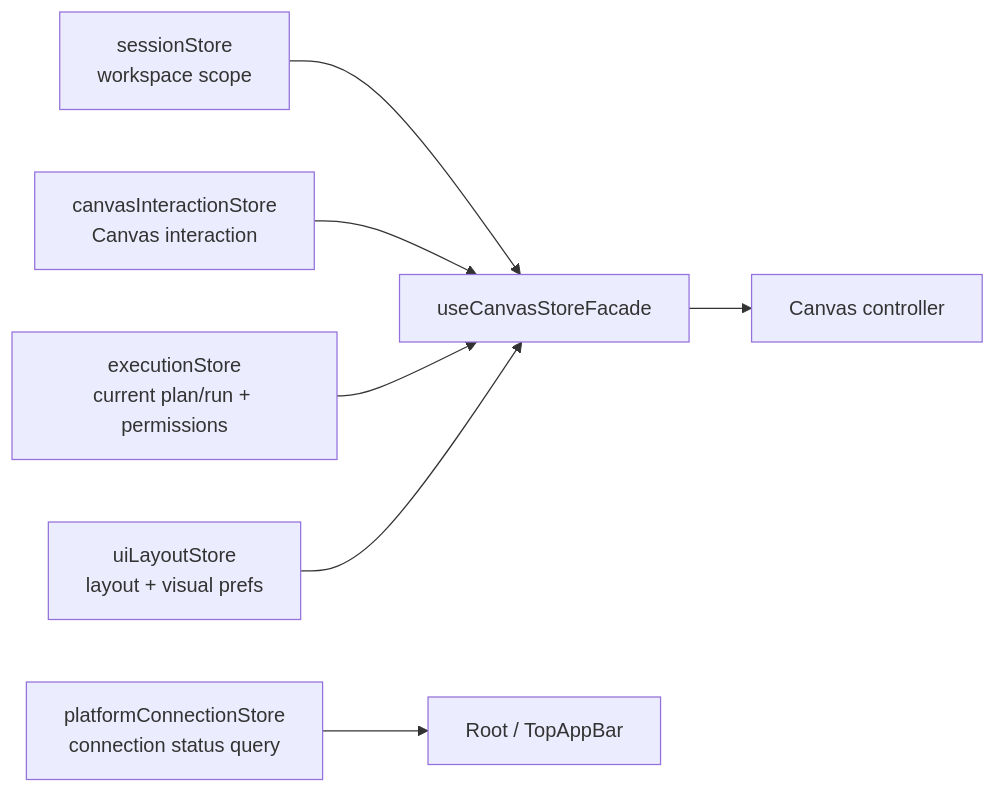
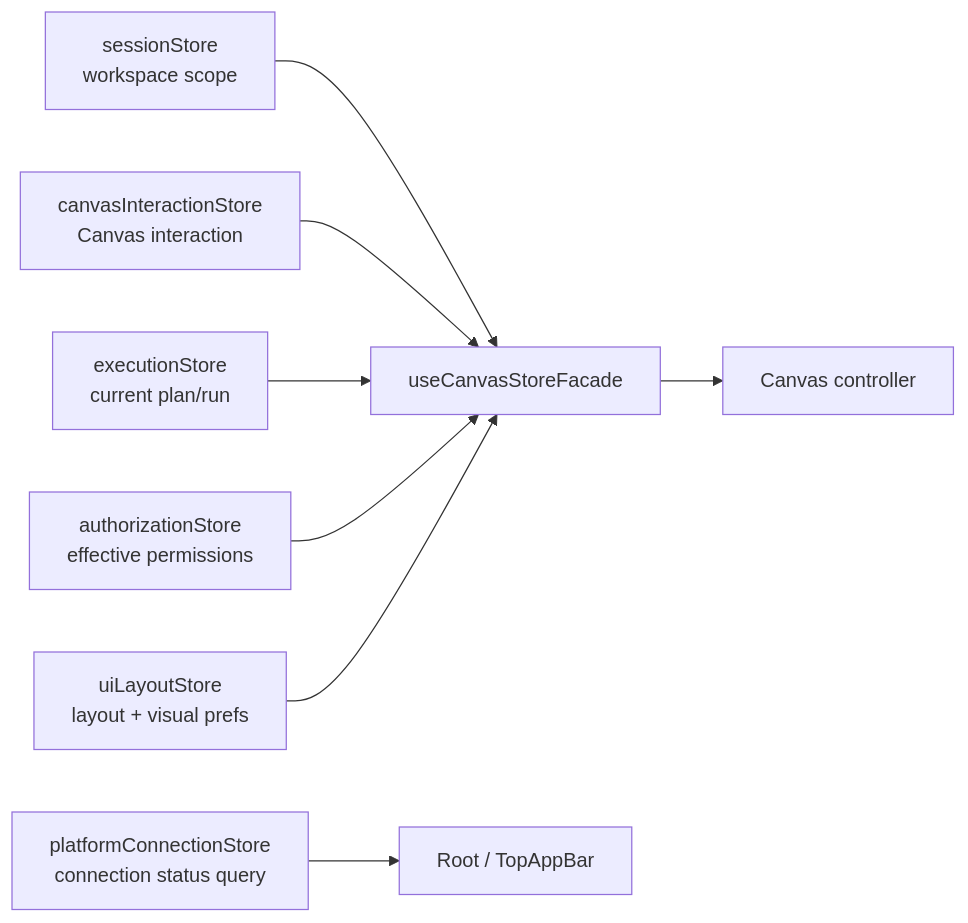
Before and after one commit to dunay2/dvt: the second of 3 diagrams in docs/architecture/components/web/web-store-domain-ownership-component.md, drawn with Mermaid. The commit also changed other lines of this file and 26 other files, not shown here.

Commit message:
refactor(web): Hard cut authorization store ownership

````diff
--- a/docs/architecture/components/web/web-store-domain-ownership-component.md
+++ b/docs/architecture/components/web/web-store-domain-ownership-component.md
@@ -161,18 +165,20 @@
 ```mermaid
 flowchart LR
   Session["sessionStore<br/>workspace scope"]
   Canvas["canvasInteractionStore<br/>Canvas interaction"]
-  Execution["executionStore<br/>current plan/run + permissions"]
+  Execution["executionStore<br/>current plan/run"]
+  Auth["authorizationStore<br/>effective permissions"]
   Layout["uiLayoutStore<br/>layout + visual prefs"]
   Status["platformConnectionStore<br/>connection status query"]
   Facade["useCanvasStoreFacade"]
   Controller["Canvas controller"]
   Root["Root / TopAppBar"]
 
   Session --> Facade
   Canvas --> Facade
   Execution --> Facade
+  Auth --> Facade
   Layout --> Facade
   Status --> Root
   Facade --> Controller
 ```
````
